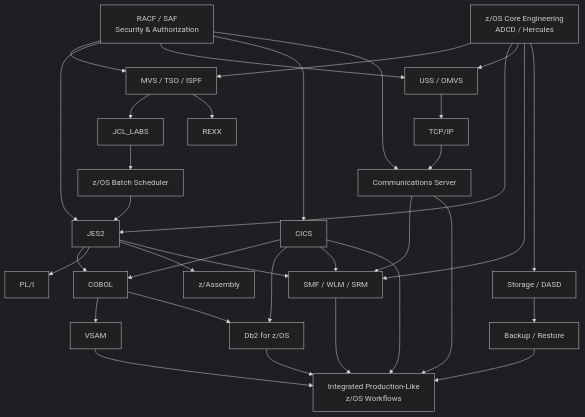
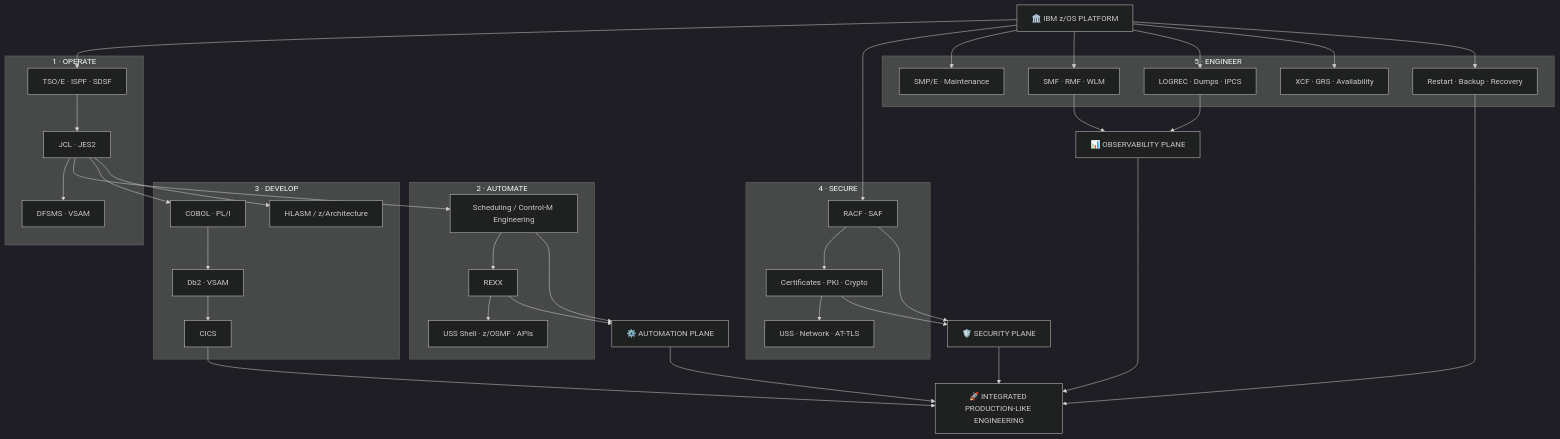
Before and after one commit to P-dot/P-dot: the first of 5 diagrams in README.md, drawn with Mermaid (dark theme). The commit also changed other lines of this file and 1 other file, not shown here.

Commit message:
Transform profile into zOS Engineering University

````diff
--- a/README.md
+++ b/README.md
@@ -7,84 +27,78 @@
-~~~mermaid
+```mermaid
 flowchart TB
-    CORE["z/OS Core Engineering<br/>ADCD / Hercules"]
+    Z["🏛️ IBM z/OS PLATFORM"]
 
-    TSO["MVS / TSO / ISPF"]
-    JCL["JCL_LABS"]
-    SCHED["z/OS Batch Scheduler"]
-    JES2["JES2"]
+    subgraph O["1 · OPERATE"]
+      TSO["TSO/E · ISPF · SDSF"]
+      JCL["JCL · JES2"]
+      DFSMS["DFSMS · VSAM"]
+    end
 
-    COBOL["COBOL"]
-    PLI["PL/I"]
-    REXX["REXX"]
-    ASM["z/Assembly"]
-    VSAM["VSAM"]
-    DB2["Db2 for z/OS"]
-    CICS["CICS"]
+    subgraph A["2 · AUTOMATE"]
+      CTM["Scheduling / Control-M Engineering"]
+      REXX["REXX"]
+      MODERN["USS Shell · z/OSMF · APIs"]
+    end
 
-    RACF["RACF / SAF<br/>Security & Authorization"]
-    USS["USS / OMVS"]
-    TCPIP["TCP/IP"]
-    COMMS["Communications Server"]
+    subgraph D["3 · DEVELOP"]
+      COBOL["COBOL · PL/I"]
+      ASM["HLASM / z/Architecture"]
+      DATA["Db2 · VSAM"]
+      CICS["CICS"]
+    end
 
-    SMF["SMF / WLM / SRM"]
-    STORAGE["Storage / DASD"]
-    RECOVERY["Backup / Restore"]
-    END["Integrated Production-Like<br/>z/OS Workflows"]
+    subgraph S["4 · SECURE"]
+      RACF["RACF · SAF"]
+      CRYPTO["Certificates · PKI · Crypto"]
+      NETSEC["USS · Network · AT-TLS"]
+    end
 
-    CORE --> TSO
-    CORE --> JES2
-    CORE --> USS
-    CORE --> SMF
-    CORE --> STORAGE
+    subgraph E["5 · ENGINEER"]
+      SMP["SMP/E · Maintenance"]
+      PERF["SMF · RMF · WLM"]
+      DIAG["LOGREC · Dumps · IPCS"]
+      AVAIL["XCF · GRS · Availability"]
+      REC["Restart · Backup · Recovery"]
+    end
 
-    TSO --> JCL
-    TSO --> REXX
-    JCL --> SCHED
-    SCHED --> JES2
+    Z --> TSO --> JCL --> DFSMS
+    JCL --> CTM --> REXX --> MODERN
+    JCL --> COBOL --> DATA --> CICS
+    JCL --> ASM
+    Z --> RACF --> CRYPTO --> NETSEC
+    Z --> SMP
+    Z --> PERF
+    Z --> DIAG
+    Z --> AVAIL
+    Z --> REC
 
-    JES2 --> COBOL
-    JES2 --> PLI
-    JES2 --> ASM
+    SECPLANE["🛡️ SECURITY PLANE"]
+    OBSPLANE["📊 OBSERVABILITY PLANE"]
+    AUTOPLANE["⚙️ AUTOMATION PLANE"]
+    PROD["🚀 INTEGRATED PRODUCTION-LIKE ENGINEERING"]
 
-    COBOL --> VSAM
-    COBOL --> DB2
-    CICS --> COBOL
-    CICS --> DB2
+    RACF --> SECPLANE
+    CRYPTO --> SECPLANE
+    PERF --> OBSPLANE
+    DIAG --> OBSPLANE
+    CTM --> AUTOPLANE
+    REXX --> AUTOPLANE
 
-    RACF --> TSO
-    RACF --> JES2
-    RACF --> USS
-    RACF --> CICS
-    RACF --> COMMS
+    SECPLANE --> PROD
+    OBSPLANE --> PROD
+    AUTOPLANE --> PROD
+    CICS --> PROD
+    REC --> PROD
 
-    USS --> TCPIP
-    TCPIP --> COMMS
-    STORAGE --> RECOVERY
-
-    JES2 --> SMF
-    CICS --> SMF
-    COMMS --> SMF
-
-    VSAM --> END
-    DB2 --> END
-    CICS --> END
-    COMMS --> END
-    SMF --> END
-    RECOVERY --> END
-
-    click CORE "https://github.com/P-dot/zos-adcd-hercules-engineering-lab"
     click TSO "https://github.com/P-dot/MVS_TSO_ISPF"
     click JCL "https://github.com/P-dot/JCL_LABS"
-    click SCHED "https://github.com/P-dot/zos-batch-scheduler"
+    click CTM "https://github.com/P-dot/zos-batch-scheduler"
+    click REXX "https://github.com/P-dot/Rexx"
     click COBOL "https://github.com/P-dot/COBOL"
-    click PLI "https://github.com/P-dot/PL-I"
-    click REXX "https://github.com/P-dot/Rexx"
     click ASM "https://github.com/P-dot/z_Assembly"
-    click VSAM "https://github.com/P-dot/vsam01"
-    click DB2 "https://github.com/P-dot/DB2-"
+    click DATA "https://github.com/P-dot/DB2-"
     click CICS "https://github.com/P-dot/CICS"
     click RACF "https://github.com/P-dot/mainframe-racf-security-evidence"
-    click USS "https://github.com/P-dot/UNIX_System_Services-"
-    click COMMS "https://github.com/P-dot/zos-communications-server-network-lab"
-    click END "https://github.com/P-dot/mainframe-cobol-db2-cics-devops-lab"
-~~~
+    click NETSEC "https://github.com/P-dot/zos-communications-server-network-lab"
+    click PROD "https://github.com/P-dot/mainframe-cobol-db2-cics-devops-lab"
+```
````
